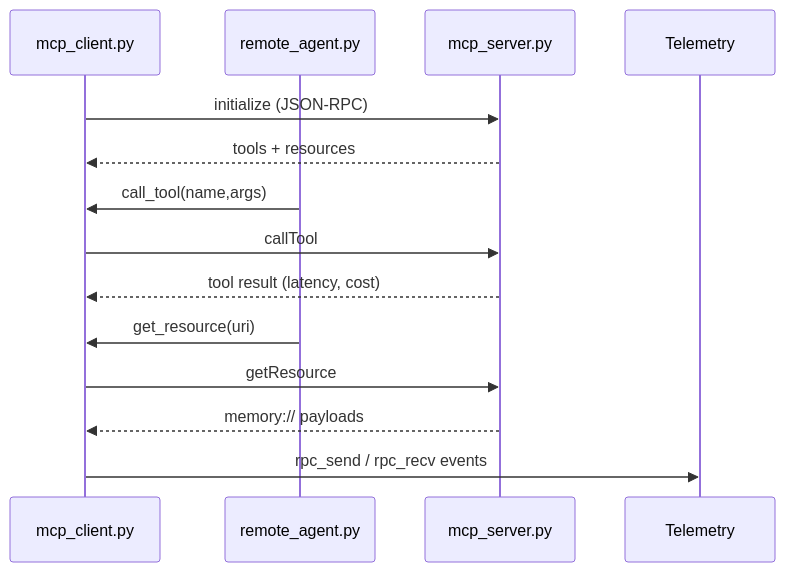
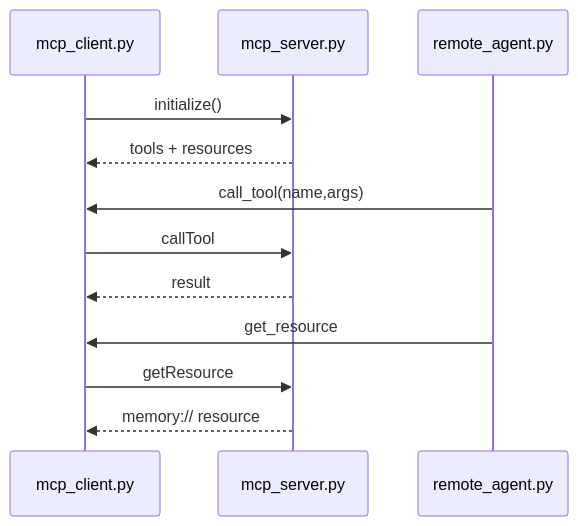
The second of 3 diagrams in capstones/week04_agentic_incident_command/README_week04_capstone.md (FranQuant/the_ai_engineer_capstones), drawn with Mermaid before and after one commit. The commit also changed other lines of this file and 1 other file, not shown here.

Commit message:
Add polished Week 04 Capstone README and updated telemetry logs

````diff
--- a/capstones/week04_agentic_incident_command/README_week04_capstone.md
+++ b/capstones/week04_agentic_incident_command/README_week04_capstone.md
@@ -31,15 +32,15 @@
 ```mermaid
 sequenceDiagram
     participant Client as mcp_client.py
+    participant Server as mcp_server.py
     participant Agent as remote_agent.py
-    participant Server as mcp_server.py
-    Client->>Server: initialize (JSON-RPC)
+
+    Client->>Server: initialize()
     Server-->>Client: tools + resources
     Agent->>Client: call_tool(name,args)
     Client->>Server: callTool
-    Server-->>Client: tool result (latency, cost)
-    Agent->>Client: get_resource(uri)
+    Server-->>Client: result
+    Agent->>Client: get_resource
     Client->>Server: getResource
-    Server-->>Client: memory:// payloads
-    Client->>Telemetry: rpc_send / rpc_recv events
+    Server-->>Client: memory:// resource
 ```
````
